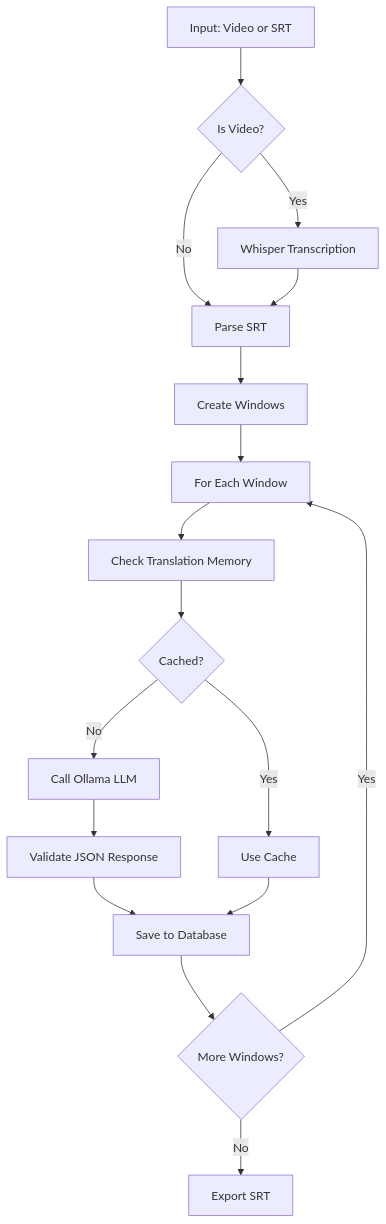
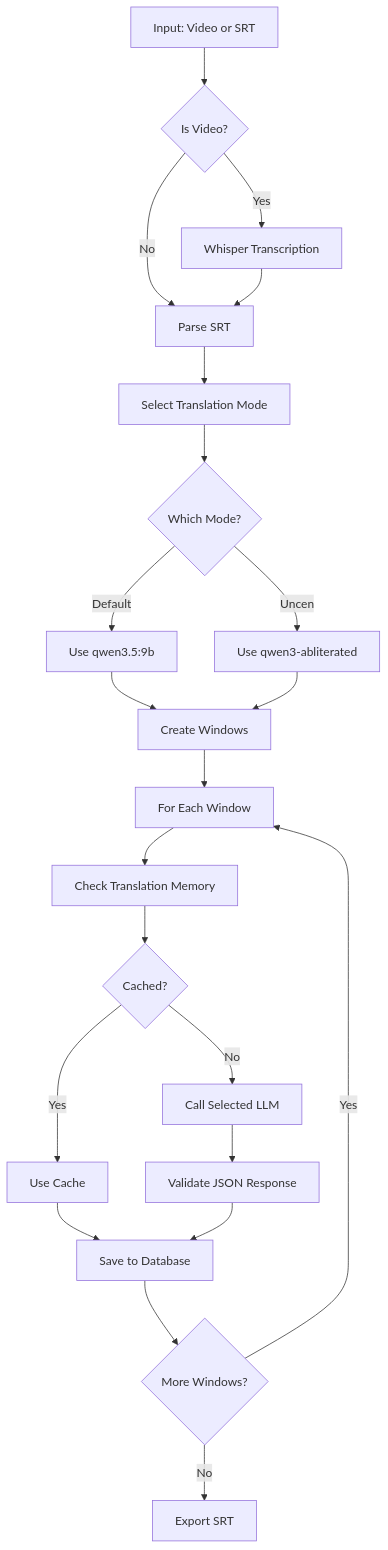
Before and after one commit to iamhieuxz/vid-transtosrt-vietsub: the diagram in README.md, drawn with Mermaid. The commit also changed other lines of this file and 2 other files, not shown here.

Commit message:
feat: Add dual translation modes (default/uncen) with model selection

````diff
--- a/README.md
+++ b/README.md
@@ -187,19 +207,24 @@
 ```mermaid
 flowchart TD
     A[Input: Video or SRT] --> B{Is Video?}
     B -->|Yes| C[Whisper Transcription]
     B -->|No| D[Parse SRT]
     C --> D
-    D --> E[Create Windows]
-    E --> F[For Each Window]
-    F --> G[Check Translation Memory]
-    G --> H{Cached?}
-    H -->|Yes| I[Use Cache]
-    H -->|No| J[Call Ollama LLM]
-    J --> K[Validate JSON Response]
-    K --> L[Save to Database]
-    I --> L
-    L --> M{More Windows?}
-    M -->|Yes| F
-    M -->|No| N[Export SRT]
+    D --> E[Select Translation Mode]
+    E --> F{Which Mode?}
+    F -->|Default| G[Use qwen3.5:9b]
+    F -->|Uncen| H[Use qwen3-abliterated]
+    G --> I[Create Windows]
+    H --> I
+    I --> J[For Each Window]
+    J --> K[Check Translation Memory]
+    K --> L{Cached?}
+    L -->|Yes| M[Use Cache]
+    L -->|No| N[Call Selected LLM]
+    M --> O[Save to Database]
+    N --> P[Validate JSON Response]
+    P --> O
+    O --> Q{More Windows?}
+    Q -->|Yes| J
+    Q -->|No| R[Export SRT]
 ```
````
